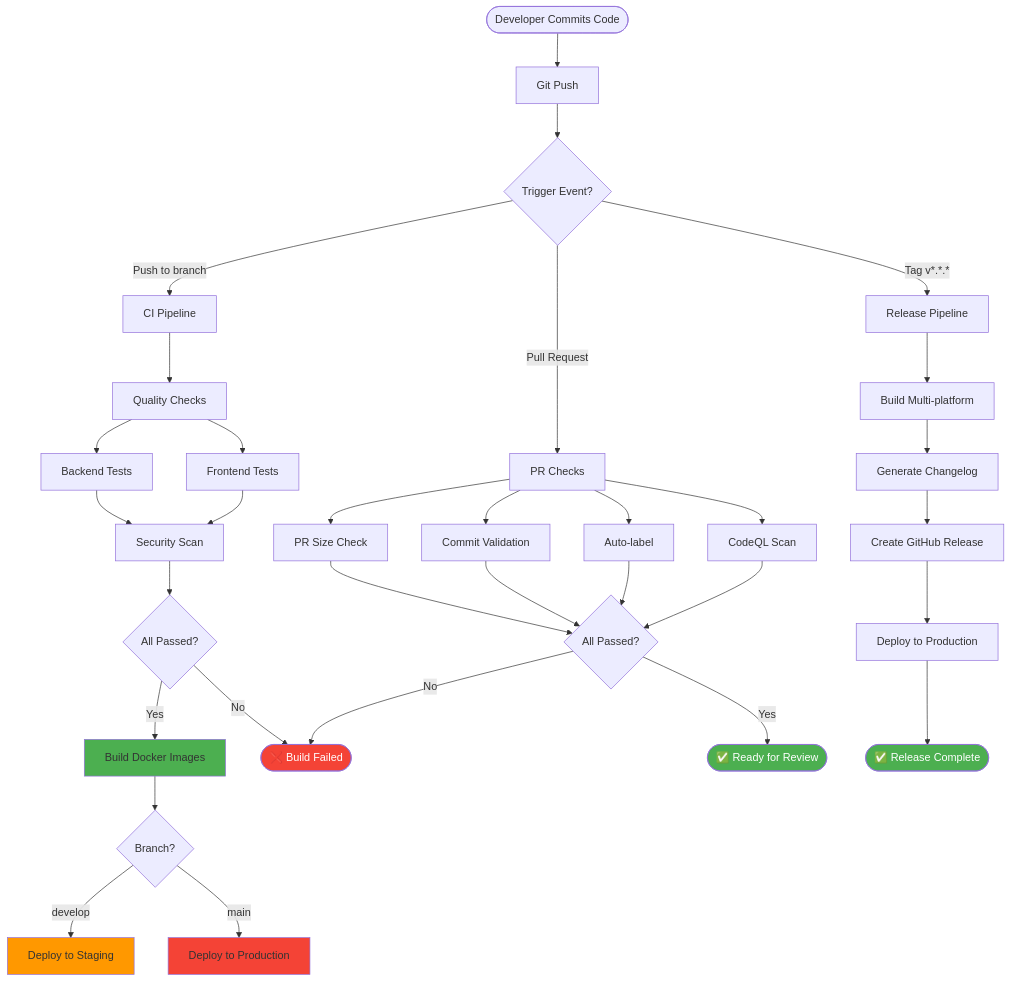
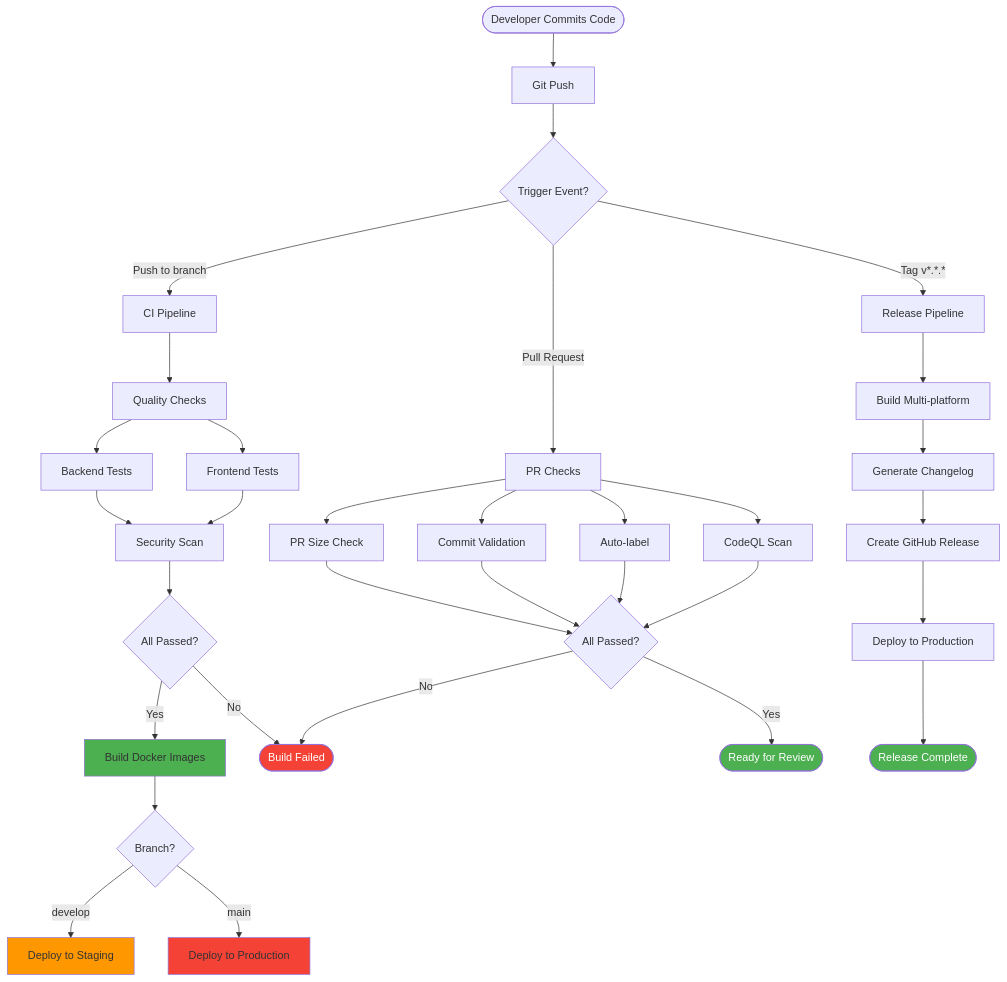
The diagram in docs/CICD.md (rainzrz/synks2026), drawn with Mermaid before and after one commit. The commit also changed other lines of this file and 7 other files, not shown here.

````diff
--- a/docs/CICD.md
+++ b/docs/CICD.md
@@ -45,44 +45,44 @@
 ```mermaid
 graph TB
     Start([Developer Commits Code]) --> A[Git Push]
 
     A --> B{Trigger Event?}
 
     B -->|Push to branch| C[CI Pipeline]
     B -->|Pull Request| D[PR Checks]
     B -->|Tag v*.*.*| E[Release Pipeline]
 
     C --> C1[Quality Checks]
     C1 --> C2[Backend Tests]
     C1 --> C3[Frontend Tests]
     C2 --> C4[Security Scan]
     C3 --> C4
     C4 --> C5{All Passed?}
     C5 -->|Yes| C6[Build Docker Images]
-    C5 -->|No| Fail([❌ Build Failed])
+    C5 -->|No| Fail([ Build Failed])
 
     C6 --> C7{Branch?}
     C7 -->|develop| C8[Deploy to Staging]
     C7 -->|main| C9[Deploy to Production]
 
     D --> D1[PR Size Check]
     D --> D2[Commit Validation]
     D --> D3[Auto-label]
     D --> D4[CodeQL Scan]
     D1 & D2 & D3 & D4 --> D5{All Passed?}
-    D5 -->|Yes| Success1([✅ Ready for Review])
+    D5 -->|Yes| Success1([ Ready for Review])
     D5 -->|No| Fail
 
     E --> E1[Build Multi-platform]
     E1 --> E2[Generate Changelog]
     E2 --> E3[Create GitHub Release]
     E3 --> E4[Deploy to Production]
-    E4 --> Success2([✅ Release Complete])
+    E4 --> Success2([ Release Complete])
 
     style C6 fill:#4CAF50
     style C8 fill:#FF9800
     style C9 fill:#F44336
     style Fail fill:#F44336,color:#fff
     style Success1 fill:#4CAF50,color:#fff
     style Success2 fill:#4CAF50,color:#fff
 ```
````
